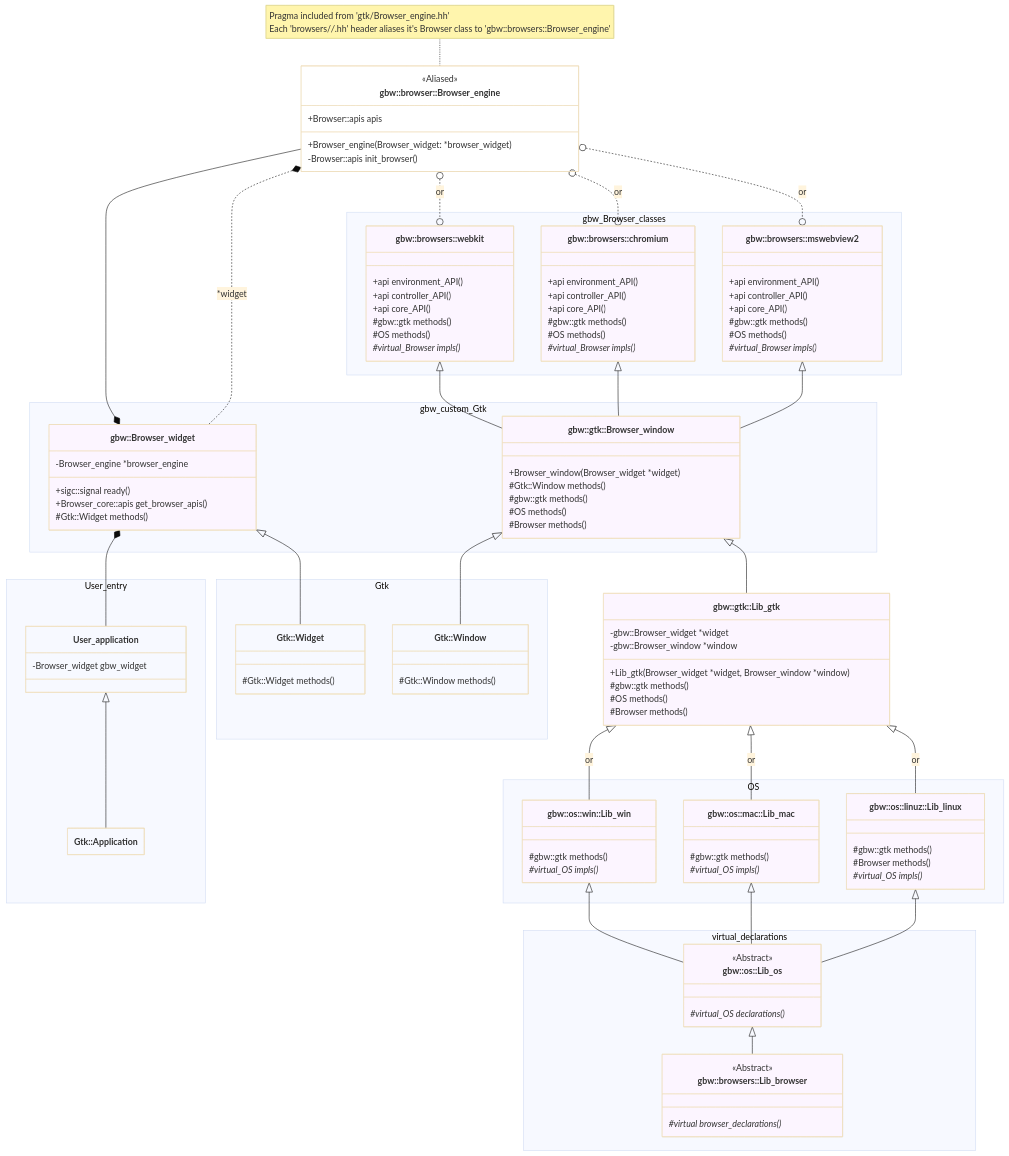
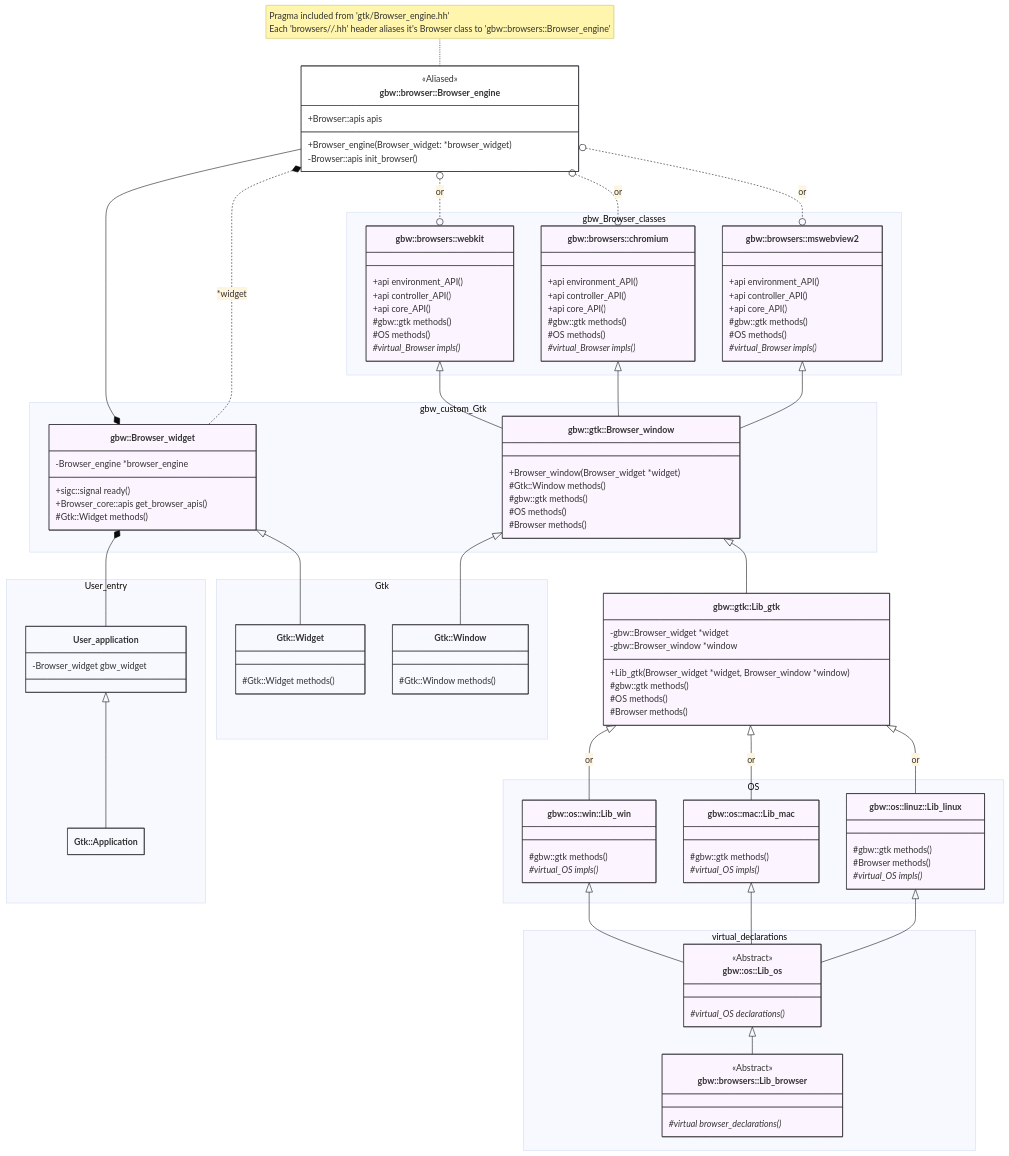
Before and after one commit to citkane/gtk-browser-widget: the diagram in include/gtk/README.md, drawn with Mermaid.

Commit message:
Update class hierarchy diagram

````diff
--- a/include/gtk/README.md
+++ b/include/gtk/README.md
@@ -152,6 +152,6 @@
         }
     }
 
-    classDef gbw fill:#FCF5FF; 
-    classDef other fill:#FFFFFF00
+    classDef gbw fill:#FCF5FF, stroke:#343238 
+    classDef other fill:#FFFFFF00, stroke:#343238
 ```
````
